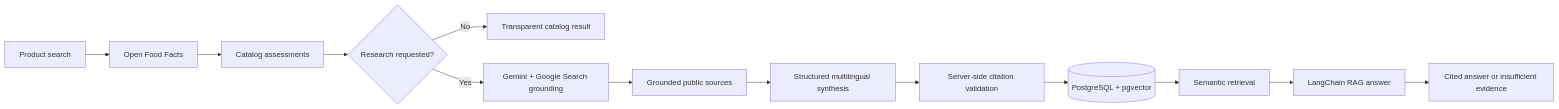
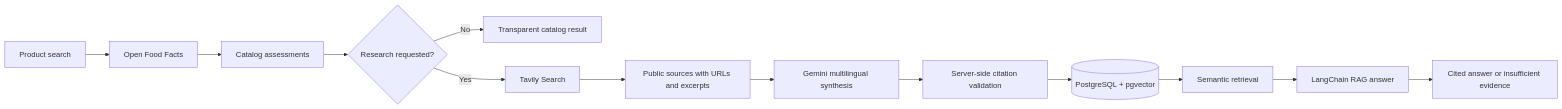
One commit to DanNascimento-code/JustSupply changed the first of 2 diagrams in README.md. Above: the diagram before and after it, drawn with Mermaid. The commit also changed other lines of this file and 42 other files, not shown here.

````diff
--- a/README.md
+++ b/README.md
@@ -96,15 +120,15 @@
 ```mermaid
 flowchart LR
     A[Product search] --> B[Open Food Facts]
     B --> C[Catalog assessments]
     C --> D{Research requested?}
     D -- No --> E[Transparent catalog result]
-    D -- Yes --> F[Gemini + Google Search grounding]
-    F --> G[Grounded public sources]
-    G --> H[Structured multilingual synthesis]
+    D -- Yes --> F[Tavily Search]
+    F --> G[Public sources with URLs and excerpts]
+    G --> H[Gemini multilingual synthesis]
     H --> I[Server-side citation validation]
     I --> J[(PostgreSQL + pgvector)]
     J --> K[Semantic retrieval]
     K --> L[LangChain RAG answer]
     L --> M[Cited answer or insufficient evidence]
 ```
````
